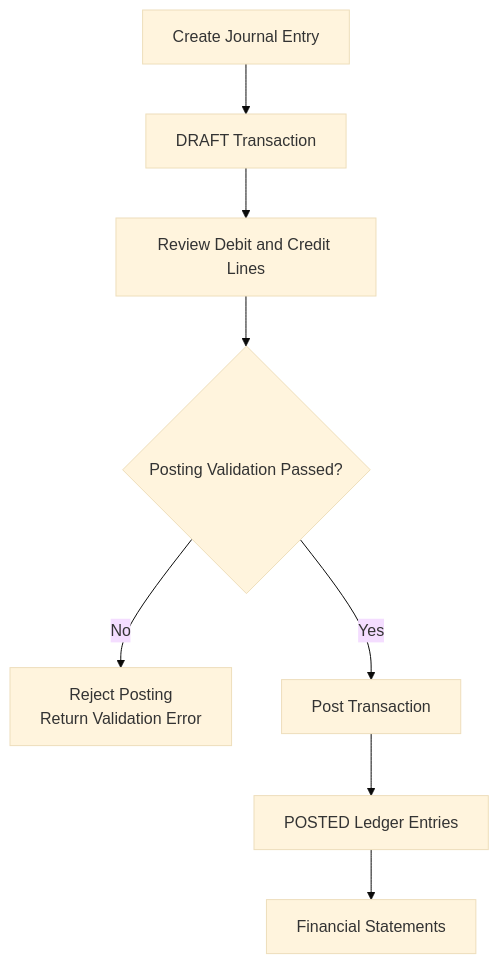
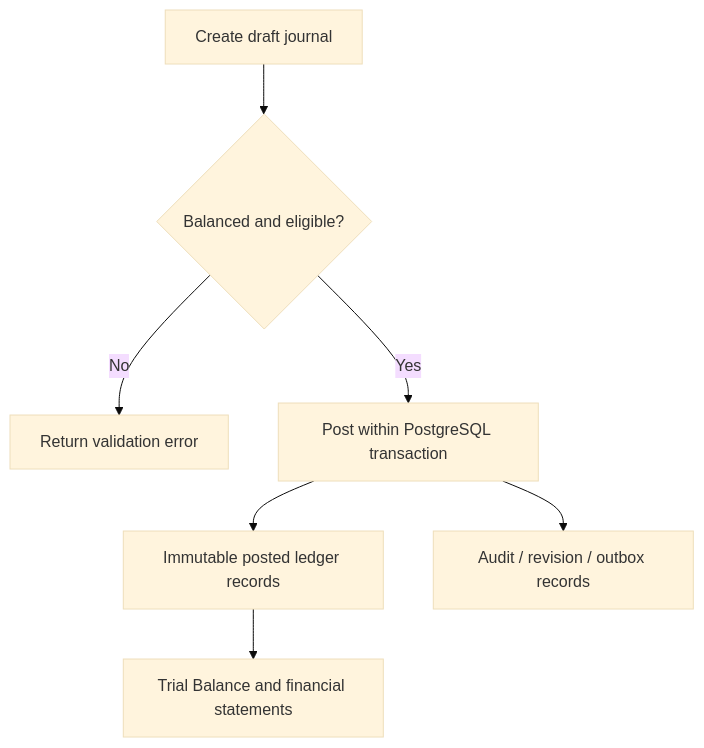
One commit to angel-az41/LedgerBase changed the second of 3 diagrams in docs/architecture.md. Above: the diagram before and after it, drawn with Mermaid (base theme). The commit also changed other lines of this file and 3 other files, not shown here.

Commit message:
docs: finalize architecture, deployment, and verification guides (#29)

````diff
--- a/docs/architecture.md
+++ b/docs/architecture.md
@@ -130,21 +70,9 @@
 ```mermaid
 flowchart TD
-    Create["Create Journal Entry"]
-    Draft["DRAFT Transaction"]
-    Review["Review Debit and Credit Lines"]
-    Validate{"Posting Validation Passed?"}
-    Reject["Reject Posting\nReturn Validation Error"]
-    Post["Post Transaction"]
-    Ledger["POSTED Ledger Entries"]
-    Reports["Financial Statements"]
-
-    Create --> Draft
-    Draft --> Review
-    Review --> Validate
-
-    Validate -->|No| Reject
-    Validate -->|Yes| Post
-
-    Post --> Ledger
-    Ledger --> Reports
+    Create["Create draft journal"] --> Validate{"Balanced and eligible?"}
+    Validate -->|No| Reject["Return validation error"]
+    Validate -->|Yes| Post["Post within PostgreSQL transaction"]
+    Post --> Ledger["Immutable posted ledger records"]
+    Post --> Audit["Audit / revision / outbox records"]
+    Ledger --> Statements["Trial Balance and financial statements"]
 ```
````
